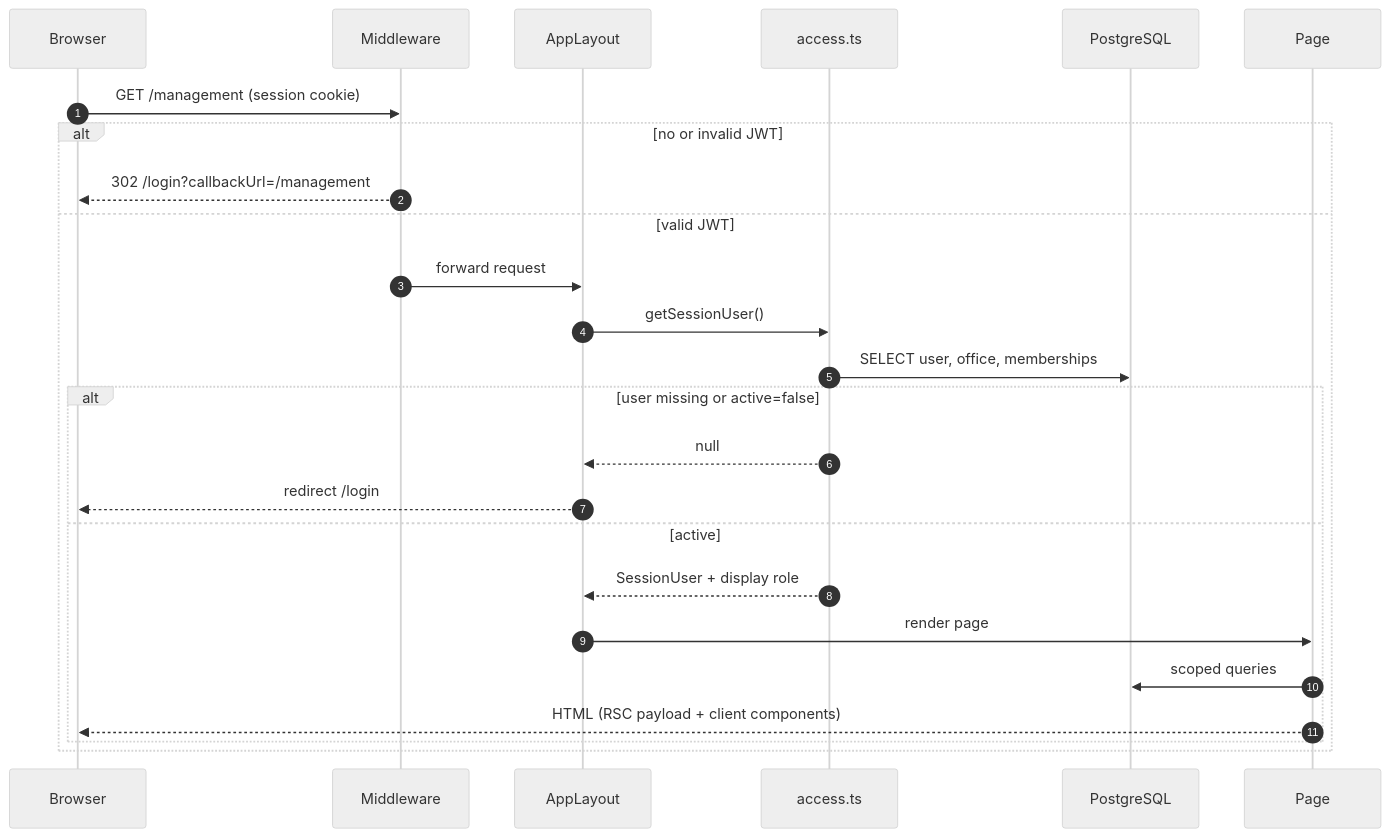
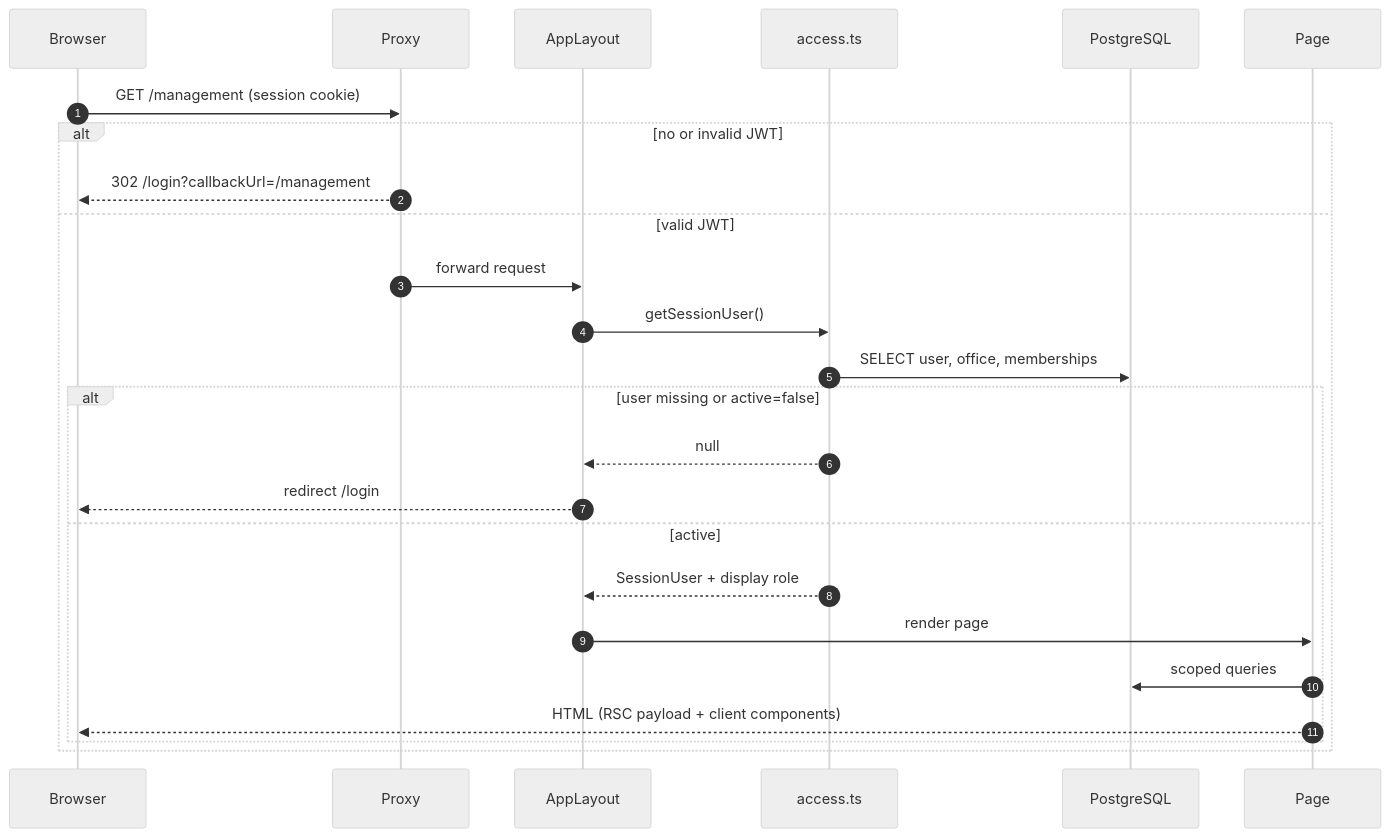
One commit to akash3114/Project_Site_Tracker changed the fourth of 8 diagrams in docs/ARCHITECTURE.md. Above: the diagram before and after it, drawn with Mermaid (neutral theme). The commit also changed other lines of this file and 23 other files, not shown here.

````diff
--- a/docs/ARCHITECTURE.md
+++ b/docs/ARCHITECTURE.md
@@ -231,28 +231,28 @@
 ```mermaid
 sequenceDiagram
   autonumber
   participant B as Browser
-  participant M as Middleware
+  participant M as Proxy
   participant L as AppLayout
   participant A as access.ts
   participant D as PostgreSQL
   participant P as Page
 
   B->>M: GET /management (session cookie)
   alt no or invalid JWT
     M-->>B: 302 /login?callbackUrl=/management
   else valid JWT
     M->>L: forward request
     L->>A: getSessionUser()
     A->>D: SELECT user, office, memberships
     alt user missing or active=false
       A-->>L: null
       L-->>B: redirect /login
     else active
       A-->>L: SessionUser + display role
       L->>P: render page
       P->>D: scoped queries
       P-->>B: HTML (RSC payload + client components)
     end
   end
 ```
````
